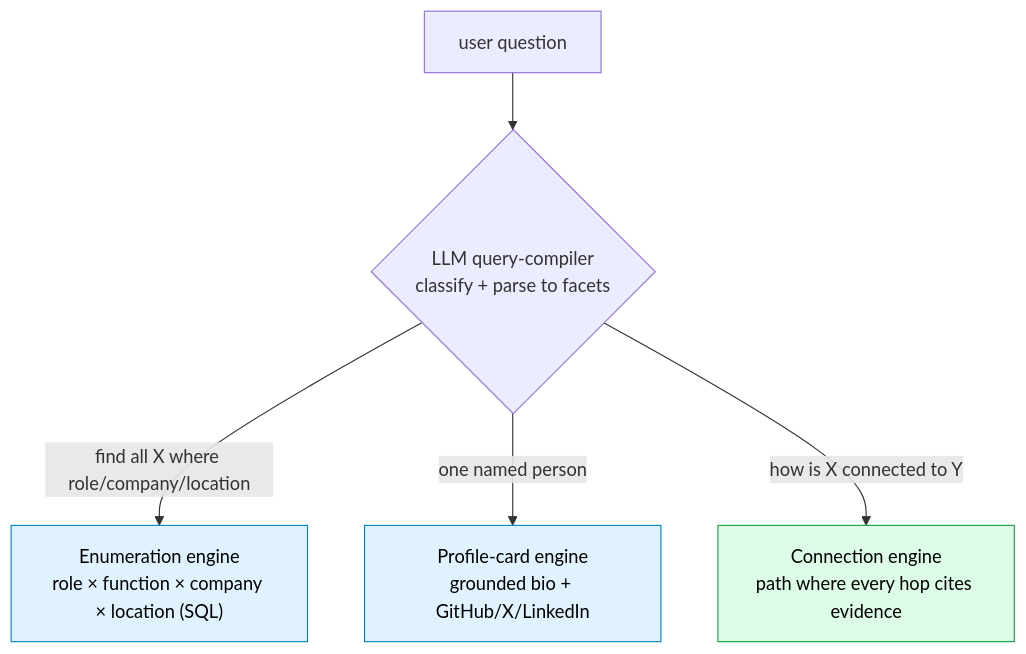
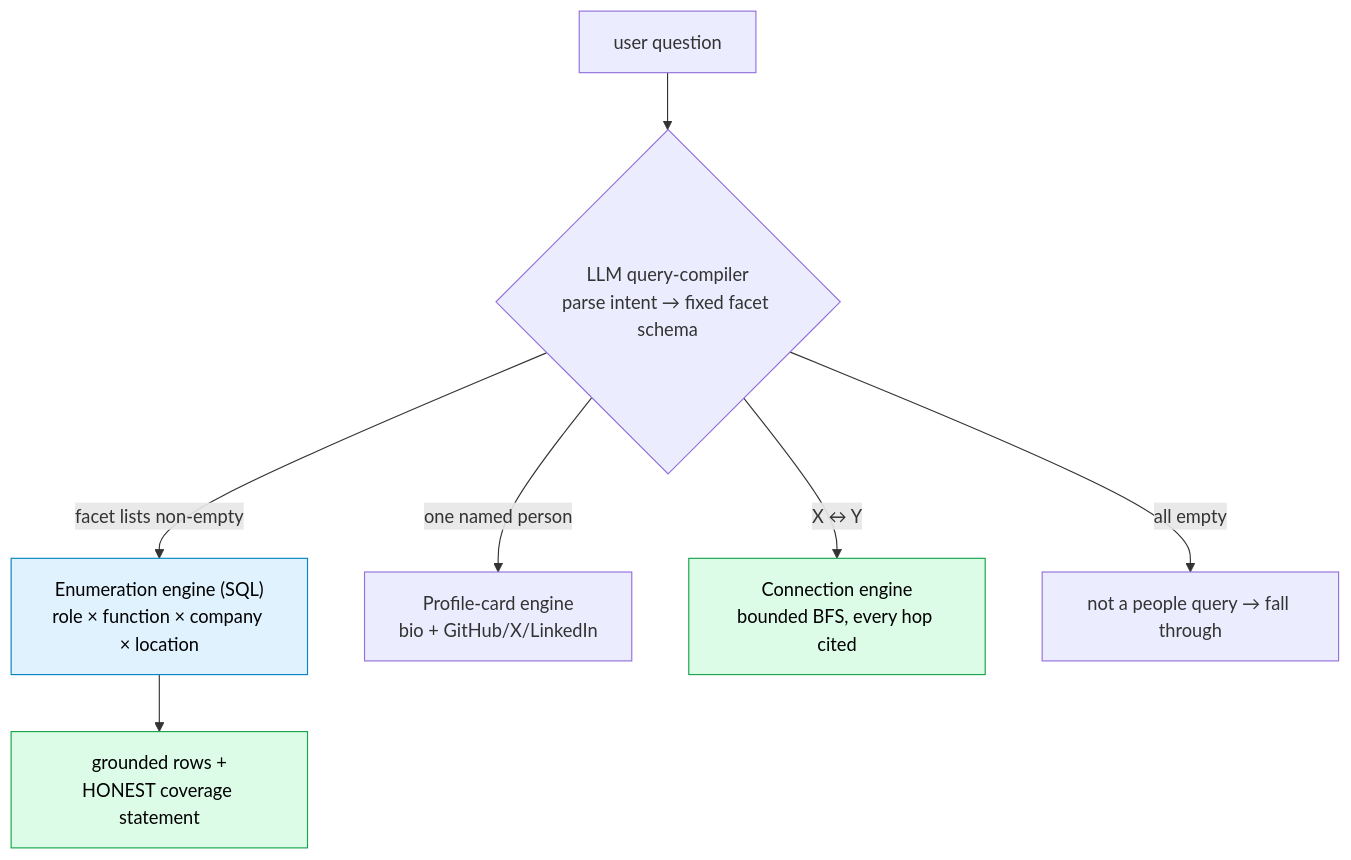
The diagram in posts/linkedin.md (4sgupta828/roster), drawn with Mermaid before and after one commit. The commit also changed other lines of this file, not shown here.

Commit message:
docs: deepen LinkedIn post to exec/investor grade (mechanism, tradeoffs, measurement, open problems)

````diff
--- a/posts/linkedin.md
+++ b/posts/linkedin.md
@@ -30,10 +19,12 @@
 ```mermaid
 flowchart TD
-    Q["user question"] --> R{"LLM query-compiler<br/>classify + parse to facets"}
-    R -->|find all X where role/company/location| E["Enumeration engine<br/>role × function × company × location (SQL)"]
-    R -->|one named person| P["Profile-card engine<br/>grounded bio + GitHub/X/LinkedIn"]
-    R -->|how is X connected to Y| C["Connection engine<br/>path where every hop cites evidence"]
+    Q["user question"] --> R{"LLM query-compiler<br/>parse intent → fixed facet schema"}
+    R -->|facet lists non-empty| E["Enumeration engine (SQL)<br/>role × function × company × location"]
+    R -->|one named person| P["Profile-card engine<br/>bio + GitHub/X/LinkedIn"]
+    R -->|X ↔ Y| C["Connection engine<br/>bounded BFS, every hop cited"]
+    R -->|all empty| N["not a people query → fall through"]
+    E --> G["grounded rows +<br/>HONEST coverage statement"]
     style E fill:#e0f2fe,stroke:#0284c7,color:#000
-    style P fill:#e0f2fe,stroke:#0284c7,color:#000
     style C fill:#dcfce7,stroke:#16a34a,color:#000
+    style G fill:#dcfce7,stroke:#16a34a,color:#000
 ```
````
